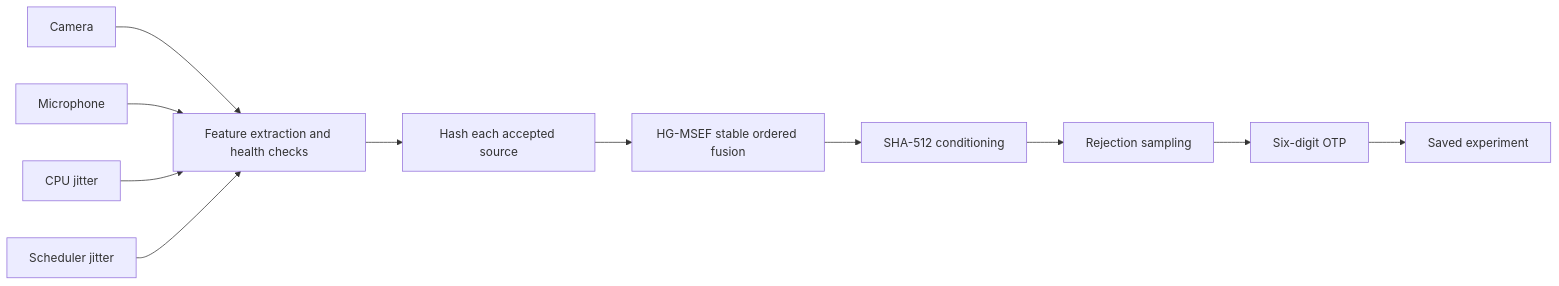
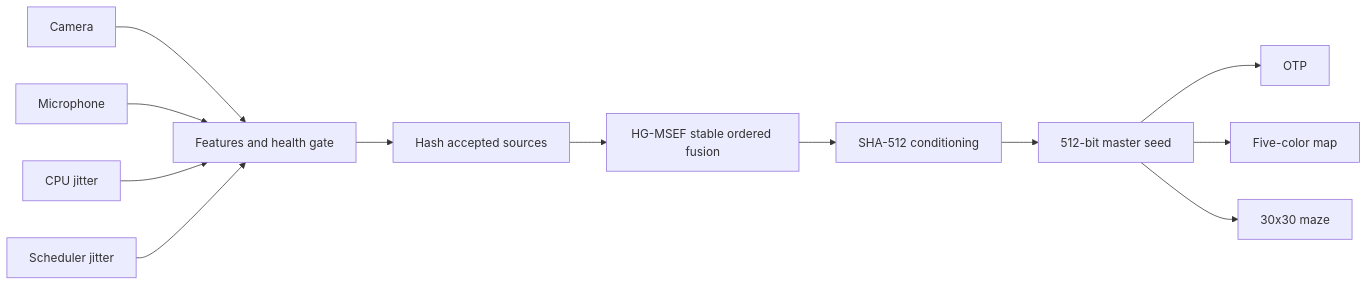
One commit to brinesolution/Randomizer changed the diagram in README.md. Above: the diagram before and after it, drawn with Mermaid. The commit also changed other lines of this file and 44 other files, not shown here.

````diff
--- a/README.md
+++ b/README.md
@@ -70,13 +33,14 @@
 ```mermaid
 flowchart LR
-    A[Camera] --> E[Feature extraction and health checks]
+    A[Camera] --> E[Features and health gate]
     B[Microphone] --> E
     C[CPU jitter] --> E
     D[Scheduler jitter] --> E
-    E --> F[Hash each accepted source]
+    E --> F[Hash accepted sources]
     F --> G[HG-MSEF stable ordered fusion]
     G --> H[SHA-512 conditioning]
-    H --> I[Rejection sampling]
-    I --> J[Six-digit OTP]
-    J --> K[Saved experiment]
+    H --> I[512-bit master seed]
+    I --> J[OTP]
+    I --> K[Five-color map]
+    I --> L[30x30 maze]
 ```
````
